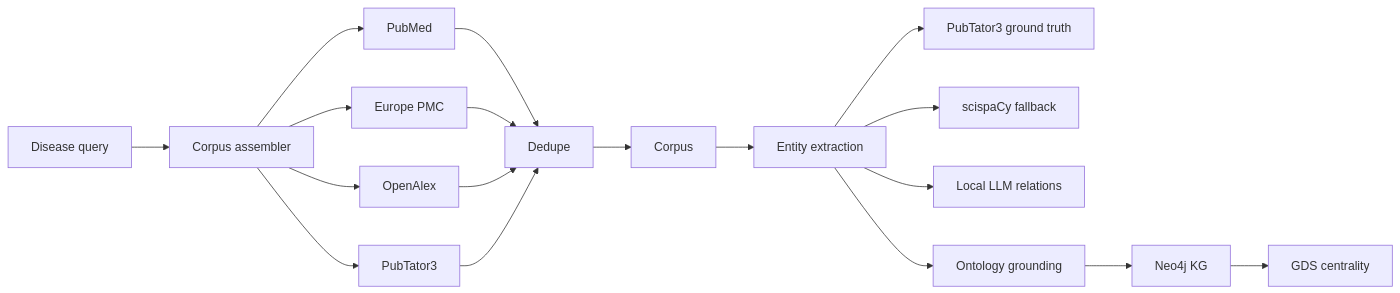
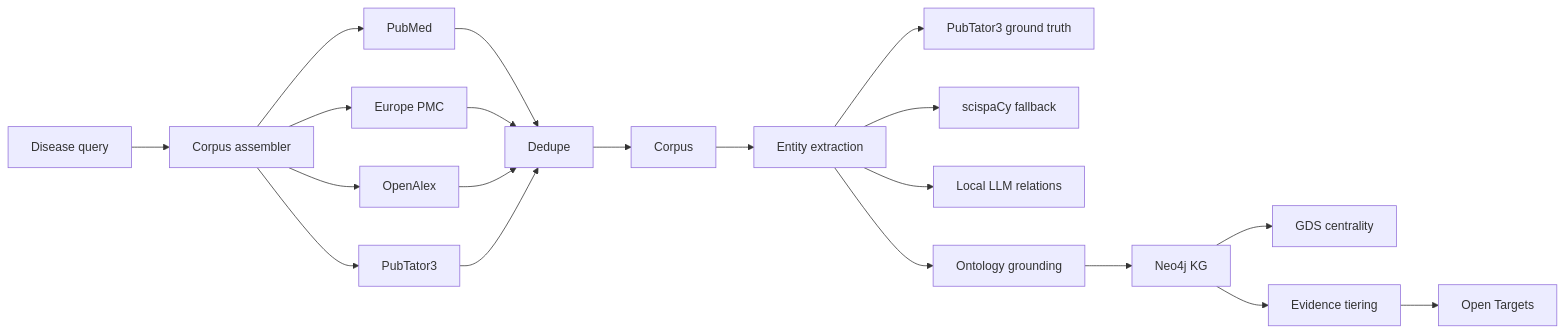
One commit to lysyloxidase/autonomous-drug-discovery-agent changed the diagram in docs/architecture.md. Above: the diagram before and after it, drawn with Mermaid. The commit also changed other lines of this file and 14 other files, not shown here.

Commit message:
feat: evidence tiering — Open Targets CC0 grounding (GraphQL, harmonic-sum scoring, tractability) + robust/plausible/speculative 3-tier classification + co-occurrence-always-speculative honesty (Phase 4)

````diff
--- a/docs/architecture.md
+++ b/docs/architecture.md
@@ -3,20 +3,22 @@
 ```mermaid
 flowchart LR
   Q[Disease query] --> M[Corpus assembler]
   M --> P[PubMed]
   M --> E[Europe PMC]
   M --> O[OpenAlex]
   M --> T[PubTator3]
   P --> D[Dedupe]
   E --> D
   O --> D
   T --> D
   D --> C[Corpus]
   C --> X[Entity extraction]
   X --> PT[PubTator3 ground truth]
   X --> SP[scispaCy fallback]
   X --> LLM[Local LLM relations]
   X --> G[Ontology grounding]
   G --> KG[Neo4j KG]
   KG --> CEN[GDS centrality]
+  KG --> EV[Evidence tiering]
+  EV --> OT[Open Targets]
 ```
````
